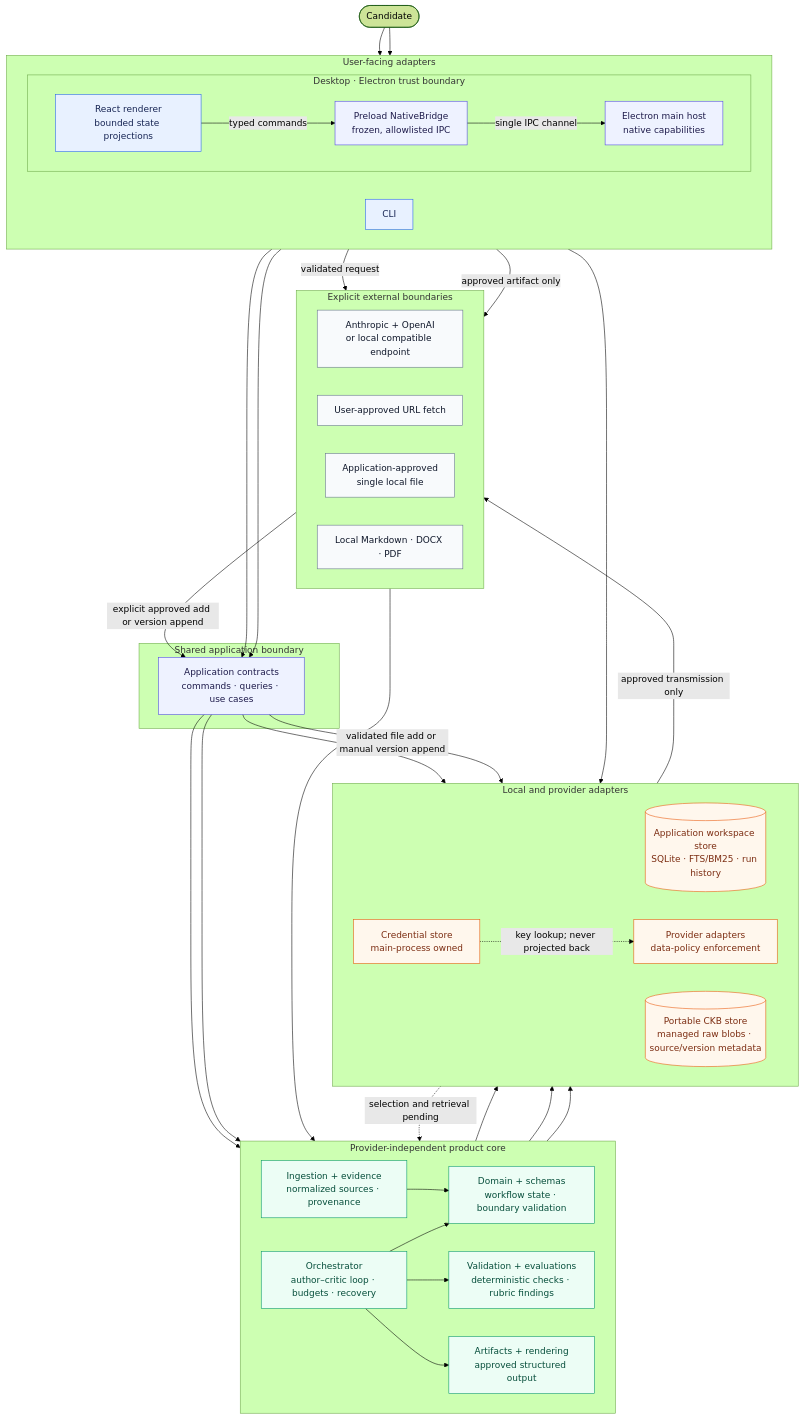
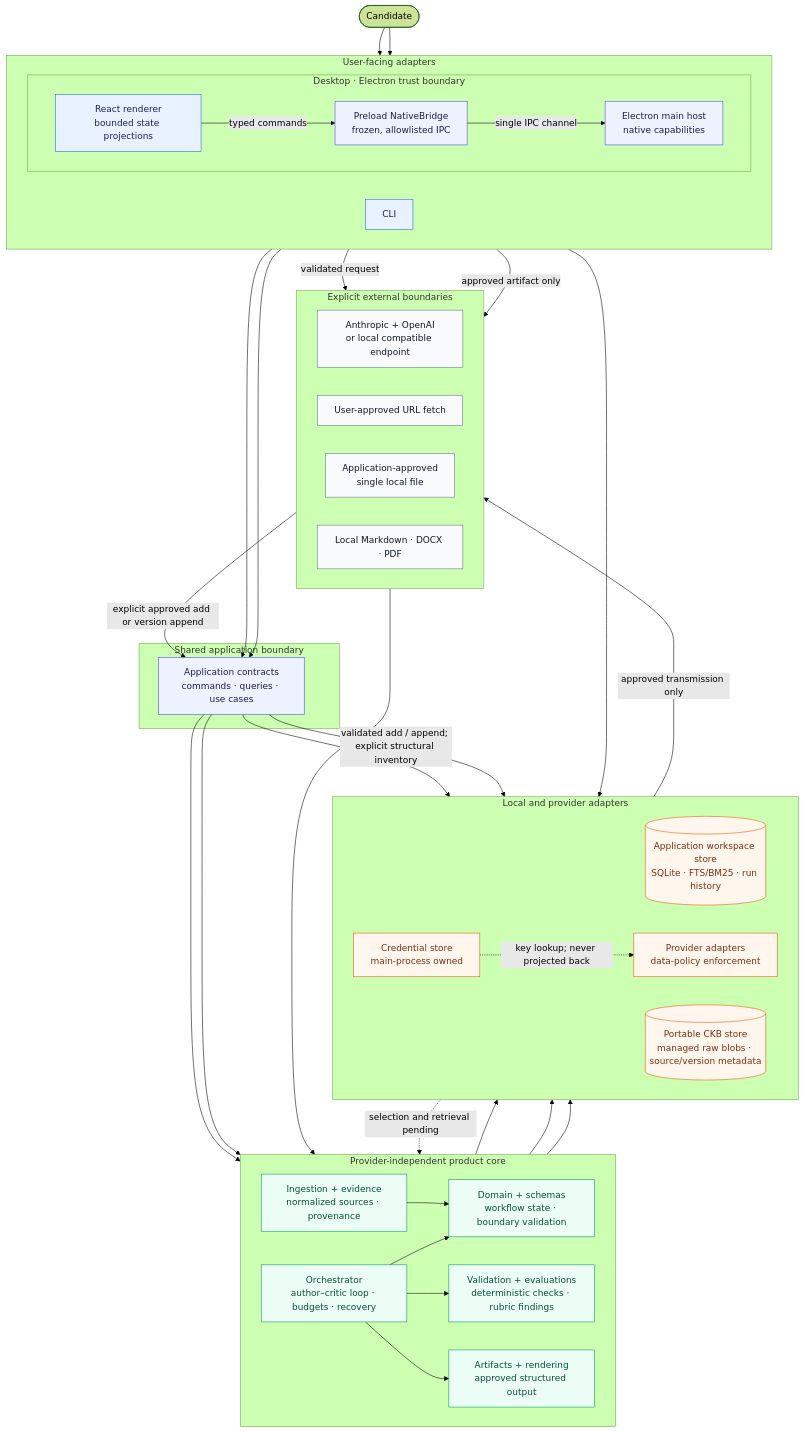
One commit to akoita/draft-loop changed the diagram in docs/architecture.md. Above: the diagram before and after it, drawn with Mermaid (forest theme). The commit also changed other lines of this file and 9 other files, not shown here.

````diff
--- a/docs/architecture.md
+++ b/docs/architecture.md
@@ -10,82 +10,82 @@
 ```mermaid
 flowchart TB
     User([Candidate])
 
     subgraph Adapters["User-facing adapters"]
         direction LR
         CLI["CLI"]
 
         subgraph Desktop["Desktop · Electron trust boundary"]
             direction LR
             Renderer["React renderer<br/>bounded state projections"]
             Bridge["Preload NativeBridge<br/>frozen, allowlisted IPC"]
             Host["Electron main host<br/>native capabilities"]
             Renderer -->|"typed commands"| Bridge
             Bridge -->|"single IPC channel"| Host
         end
     end
 
     subgraph Application["Shared application boundary"]
         App["Application contracts<br/>commands · queries · use cases"]
     end
 
     subgraph Core["Provider-independent product core"]
         direction LR
         Orchestrator["Orchestrator<br/>author–critic loop · budgets · recovery"]
         Domain["Domain + schemas<br/>workflow state · boundary validation"]
         Knowledge["Ingestion + evidence<br/>normalized sources · provenance"]
         Quality["Validation + evaluations<br/>deterministic checks · rubric findings"]
         Artifacts["Artifacts + rendering<br/>approved structured output"]
         Orchestrator --> Domain
         Knowledge --> Domain
         Orchestrator --> Quality
         Orchestrator --> Artifacts
     end
 
     subgraph Infrastructure["Local and provider adapters"]
         direction LR
         WorkspaceStore[("Application workspace store<br/>SQLite · FTS/BM25 · run history")]
         CKBStore[("Portable CKB store<br/>managed raw blobs · source/version metadata")]
         Providers["Provider adapters<br/>data-policy enforcement"]
         Credentials["Credential store<br/>main-process owned"]
     end
 
     subgraph External["Explicit external boundaries"]
         direction LR
         Models["Anthropic + OpenAI<br/>or local compatible endpoint"]
         URL["User-approved URL fetch"]
         LocalFile["Application-approved<br/>single local file"]
         Export["Local Markdown · DOCX · PDF"]
     end
 
     User --> CLI
     User --> Renderer
     CLI --> App
     Host --> App
     App --> Orchestrator
     App --> Knowledge
     App --> WorkspaceStore
     Domain --> WorkspaceStore
     Knowledge --> WorkspaceStore
-    App -->|"validated file add or manual version append"| CKBStore
+    App -->|"validated add / append; explicit structural inventory"| CKBStore
     CKBStore -.->|"selection and retrieval pending"| Knowledge
     Orchestrator --> Providers
     Host --> Credentials
     Credentials -.->|"key lookup; never projected back"| Providers
     Providers -->|"approved transmission only"| Models
     Host -->|"validated request"| URL
     URL --> Knowledge
     LocalFile -->|"explicit approved add or version append"| App
     Host -->|"approved artifact only"| Export
 
     classDef ui fill:#e8f1ff,stroke:#2563eb,color:#172554;
     classDef boundary fill:#eef2ff,stroke:#4f46e5,color:#1e1b4b;
     classDef core fill:#ecfdf5,stroke:#059669,color:#064e3b;
     classDef infra fill:#fff7ed,stroke:#ea580c,color:#7c2d12;
     classDef external fill:#f8fafc,stroke:#64748b,color:#0f172a;
     class CLI,Renderer ui;
     class Bridge,Host,App boundary;
     class Orchestrator,Domain,Knowledge,Quality,Artifacts core;
     class WorkspaceStore,CKBStore,Providers,Credentials infra;
     class Models,URL,LocalFile,Export external;
 ```
````
